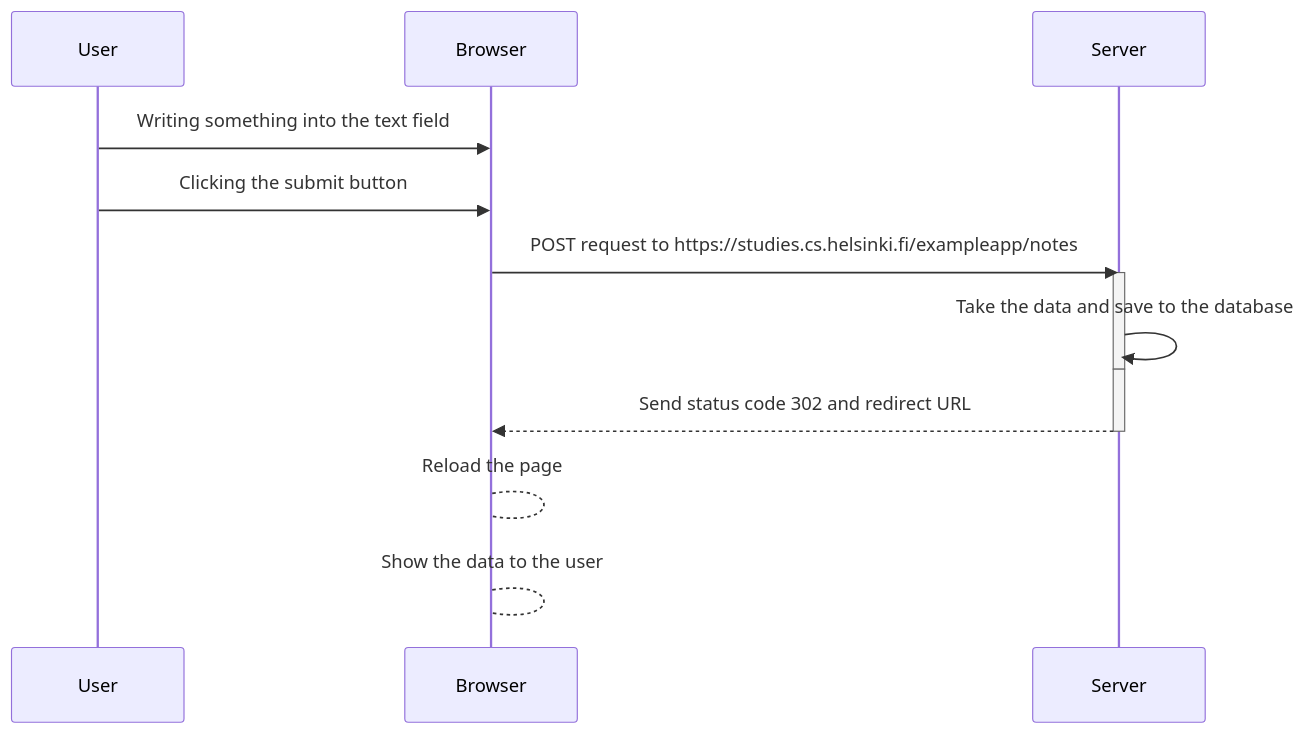
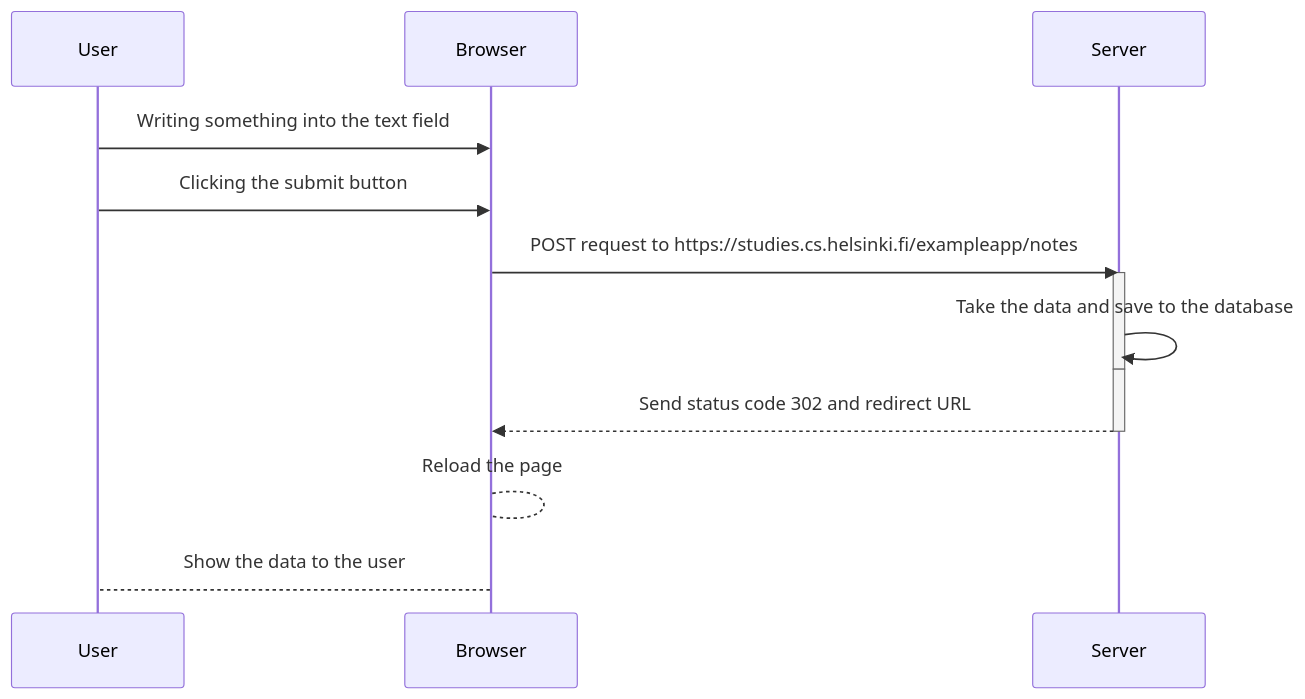
The diagram in part0/exercise_0.4/new_note_sequence_diagram.md (proAbenezer/full-stack-open), drawn with Mermaid before and after one commit. The commit also changed other lines of this file, not shown here.

Commit message:
part0/exercise_0.4/new_note_sequence_diagram.md edited answer v4

````diff
--- a/part0/exercise_0.4/new_note_sequence_diagram.md
+++ b/part0/exercise_0.4/new_note_sequence_diagram.md
@@ -1,22 +1,22 @@
 ```mermaid
 sequenceDiagram
     participant User
     participant Browser
     participant Server
 
     User->>Browser: Writing something into the text field
     User->>Browser: Clicking the submit button
 
     Browser->>Server: POST request to https://studies.cs.helsinki.fi/exampleapp/notes
     activate Server
     Server->>Server: Take the data and save to the database
     deactivate Server
 
     activate Server
     Server-->>Browser: Send status code 302 and redirect URL
     deactivate Server
 
     Browser-->Browser: Reload the page
-    Browser-->Browser: Show the data to the user
+    Browser-->User: Show the data to the user
 
 ```
````
